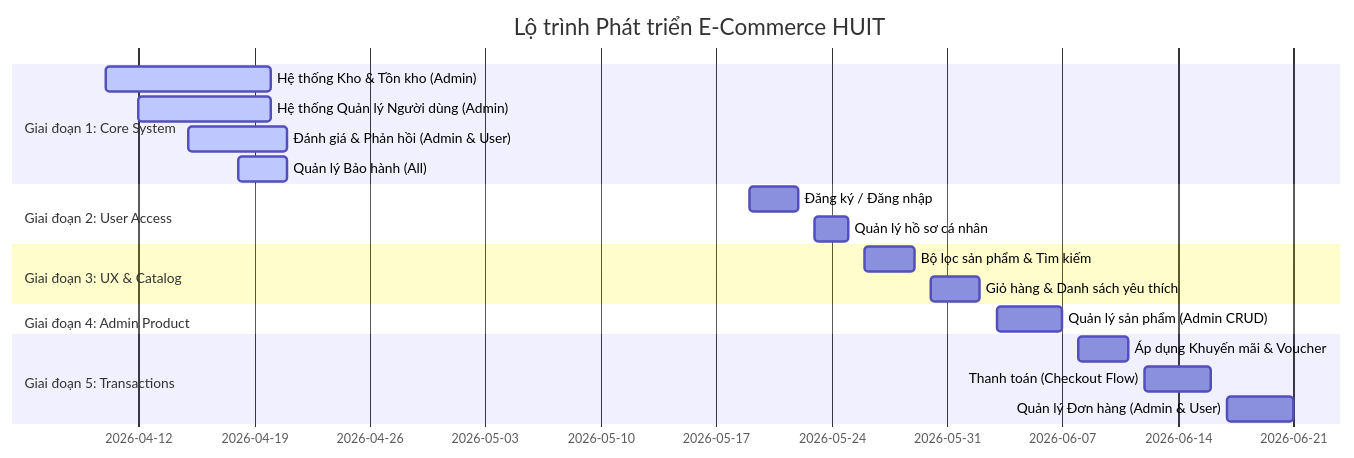
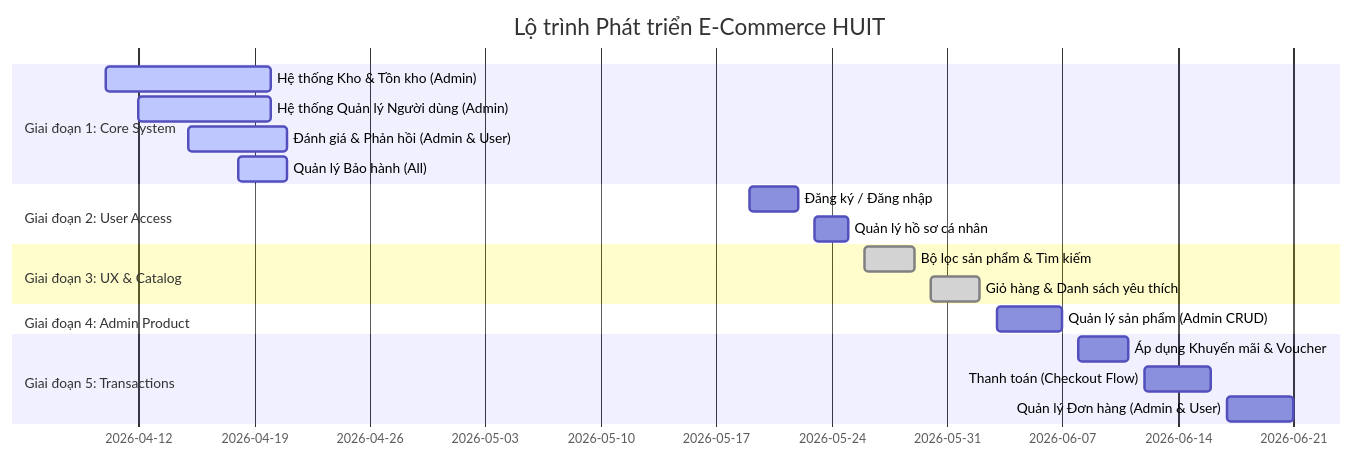
Before and after one commit to Johnyyd/ecommerce-huit: the diagram in TASK.md, drawn with Mermaid. The commit also changed other lines of this file and 26 other files, not shown here.

````diff
--- a/TASK.md
+++ b/TASK.md
@@ -9,22 +9,22 @@
 ```mermaid
 gantt
     title Lộ trình Phát triển E-Commerce HUIT
     dateFormat  YYYY-MM-DD
     section Giai đoạn 1: Core System
     Hệ thống Kho & Tồn kho (Admin)         :active, des1, 2026-04-10, 2026-04-20
     Hệ thống Quản lý Người dùng (Admin)    :active, des2, 2026-04-12, 2026-04-20
     Đánh giá & Phản hồi (Admin & User)    :active, des3, 2026-04-15, 2026-04-21
     Quản lý Bảo hành (All)                :active, des4, 2026-04-18, 2026-04-21
     section Giai đoạn 2: User Access
     Đăng ký / Đăng nhập                   :des5, 2026-05-19, 2026-05-22
     Quản lý hồ sơ cá nhân                 :des6, 2026-05-23, 2026-05-25
     section Giai đoạn 3: UX & Catalog
-    Bộ lọc sản phẩm & Tìm kiếm            :des7, 2026-05-26, 2026-05-29
-    Giỏ hàng & Danh sách yêu thích         :des8, 2026-05-30, 2026-06-02
+    Bộ lọc sản phẩm & Tìm kiếm            :done, des7, 2026-05-26, 2026-05-29
+    Giỏ hàng & Danh sách yêu thích         :done, des8, 2026-05-30, 2026-06-02
     section Giai đoạn 4: Admin Product
     Quản lý sản phẩm (Admin CRUD)          :des9, 2026-06-03, 2026-06-07
     section Giai đoạn 5: Transactions
     Áp dụng Khuyến mãi & Voucher          :des10, 2026-06-08, 2026-06-11
     Thanh toán (Checkout Flow)            :des11, 2026-06-12, 2026-06-16
     Quản lý Đơn hàng (Admin & User)       :des12, 2026-06-17, 2026-06-21
 ```
````
